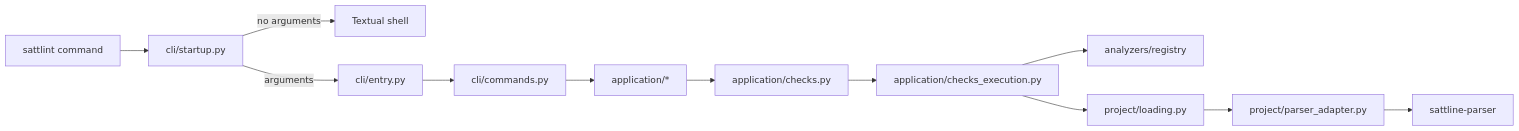
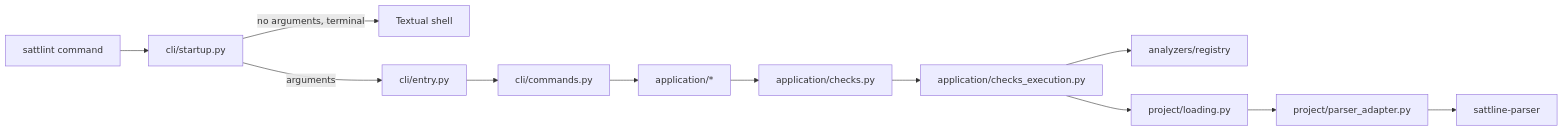
Before and after one commit to SorenHJohansen/SattLint: the second of 2 diagrams in docs/architecture.md, drawn with Mermaid. The commit also changed 18 other files, not shown here.

````diff
--- a/docs/architecture.md
+++ b/docs/architecture.md
@@ -80,14 +80,14 @@
 ```mermaid
 flowchart LR
     Start["sattlint command"] --> Startup["cli/startup.py"]
-    Startup -->|"no arguments"| Shell["Textual shell"]
+    Startup -->|"no arguments, terminal"| Shell["Textual shell"]
     Startup -->|"arguments"| Entry["cli/entry.py"]
     Entry --> Commands["cli/commands.py"]
     Commands --> App["application/*"]
     App --> Checks["application/checks.py"]
     Checks --> Exec["application/checks_execution.py"]
     Exec --> Registry["analyzers/registry"]
     Exec --> Loading["project/loading.py"]
     Loading --> Adapter["project/parser_adapter.py"]
     Adapter --> Parser["sattline-parser"]
 ```
````
